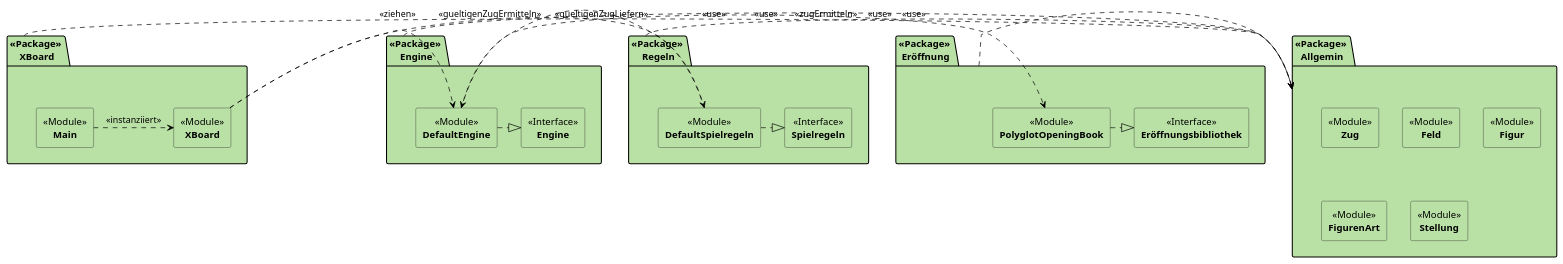
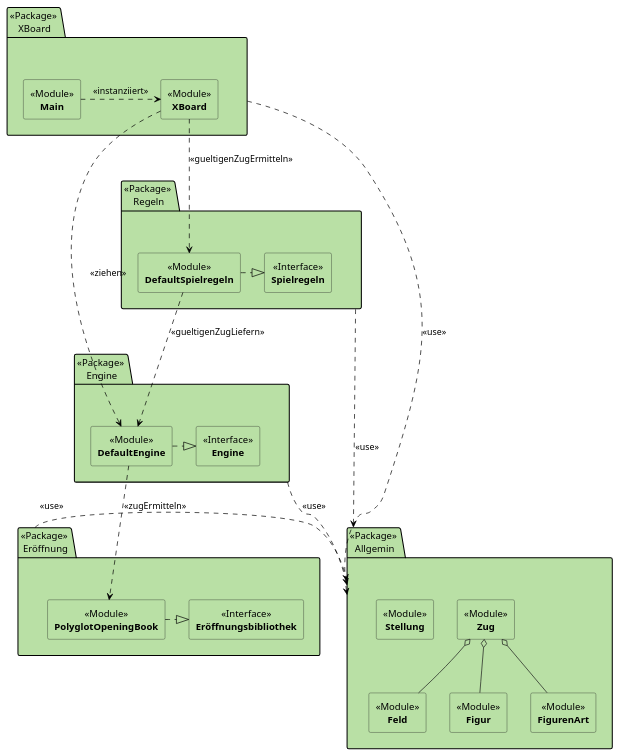
Before and after one commit to YanChunChang/BA_Plantuml: the diagram in DocChess/function-dt.plantuml, drawn with PlantUML.

Commit message:
added docchess function dt diagram

```diff
--- a/DocChess/function-dt.plantuml
+++ b/DocChess/function-dt.plantuml
@@ -1,52 +1,63 @@
 @startuml DocChess function devtime
 'left to right direction
-skinparam rectangle{
-    FontStyle normal
+skinparam  {
+    package {
+        FontStyle normal
+    }
+    rectangle {
+        FontStyle normal
+    }
+    'linetype ortho
 }
+
 
 package "<<Package>> \nXBoard" as p1 #b9e0a5 {
     rectangle "**Main**" <<Module>> as m1 #b9e0a5
     rectangle "**XBoard**" <<Module>> as m2 #b9e0a5
 }
 
 package "<<Package>> \nEngine" as p2 #b9e0a5 {
     rectangle "**DefaultEngine**" <<Module>> as m3 #b9e0a5
     rectangle "**Engine**" <<Interface>> as i1 #b9e0a5
 }
 
 package "<<Package>> \nRegeln" as p3 #b9e0a5 {
     rectangle "**DefaultSpielregeln**" <<Module>> as m4 #b9e0a5
     rectangle "**Spielregeln**" <<Interface>> as i2 #b9e0a5
 }
 
 package "<<Package>> \nEröffnung" as p4 #b9e0a5{
     rectangle "**PolyglotOpeningBook**" <<Module>> as m5 #b9e0a5
     rectangle "**Eröffnungsbibliothek**" <<Interface>> as i3 #b9e0a5
 }
 
 package "<<Package>> \nAllgemin" as p5 #b9e0a5{
     rectangle "**Zug**" <<Module>> as m6 #b9e0a5
     rectangle "**Feld**" <<Module>> as m7 #b9e0a5
     rectangle "**Figur**" <<Module>> as m8 #b9e0a5
     rectangle "**FigurenArt**" <<Module>> as m9 #b9e0a5
     rectangle "**Stellung**" <<Module>> as m10 #b9e0a5
 }
 
-m2 -> m3 #black;line.dashed;:<<ziehen>>
-m2 -> m4 #black;line.dashed;:<<gueltigenZugErmitteln>>
-m4 -> m3 #black;line.dashed;:<<gueltigenZugLiefern>>
-m3 -> m5 #black;line.dashed;:<<zugErmitteln>>
+m2 --> m3 #black;line.dashed;:<<ziehen>>
+m2 --> m4 #black;line.dashed;:<<gueltigenZugErmitteln>>
+m4 --> m3 #black;line.dashed;:<<gueltigenZugLiefern>>
+m3 --> m5 #black;line.dashed;:<<zugErmitteln>>
 
 'Package Beziehungen
 p1 -> p5 #black;line.dashed;:<<use>>
 p2 -> p5 #black;line.dashed;:<<use>>
 p3 -> p5 #black;line.dashed;:<<use>>
 p4 -> p5 #black;line.dashed;:<<use>>
 
 'innere Beziehungen
 m1 -> m2 #black;line.dashed;:<<instanziiert>>
 m3 -|> i1 #black;line.dashed;
 m4 -|> i2 #black;line.dashed;
 m5 -|> i3 #black;line.dashed;
+m6 o-- m7
+m6 o-- m8
+m6 o-- m9
+
 
 @enduml
```
